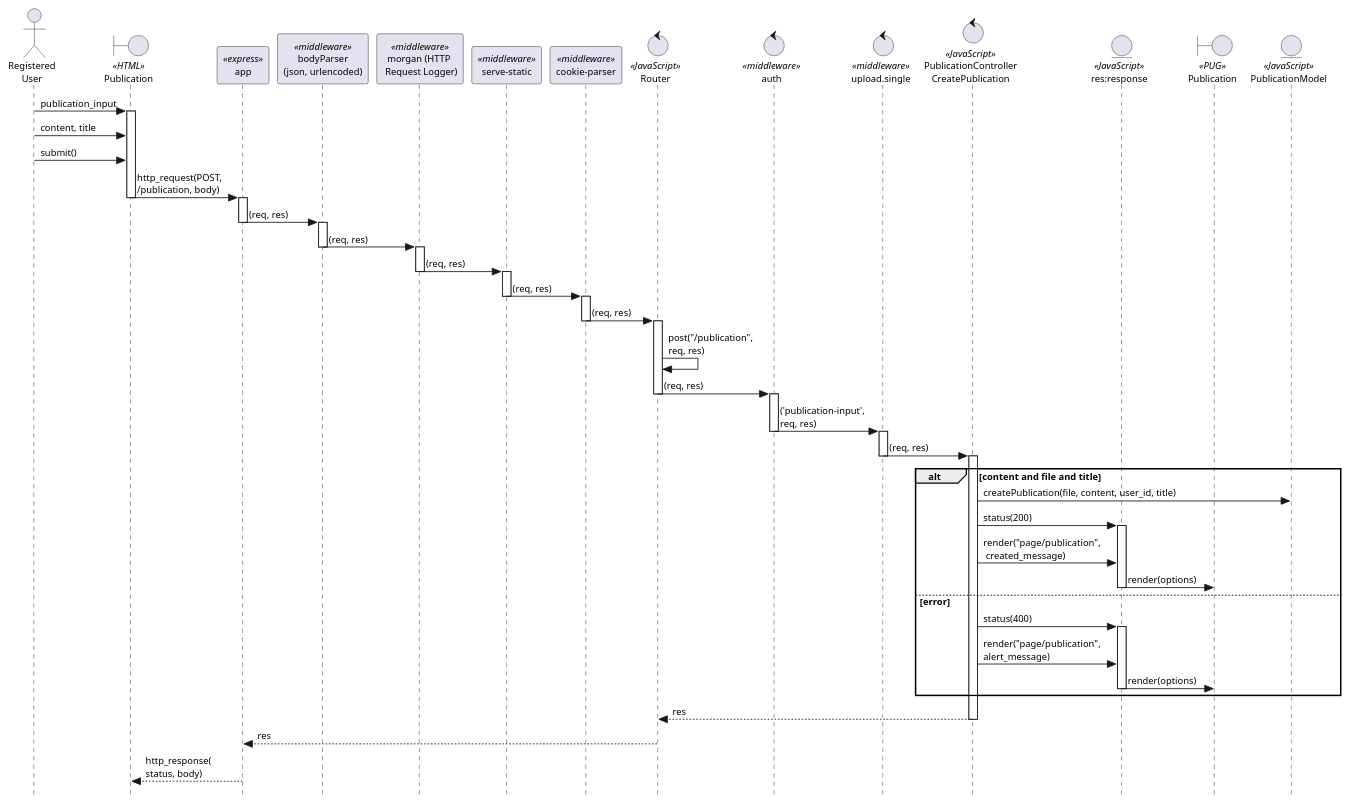
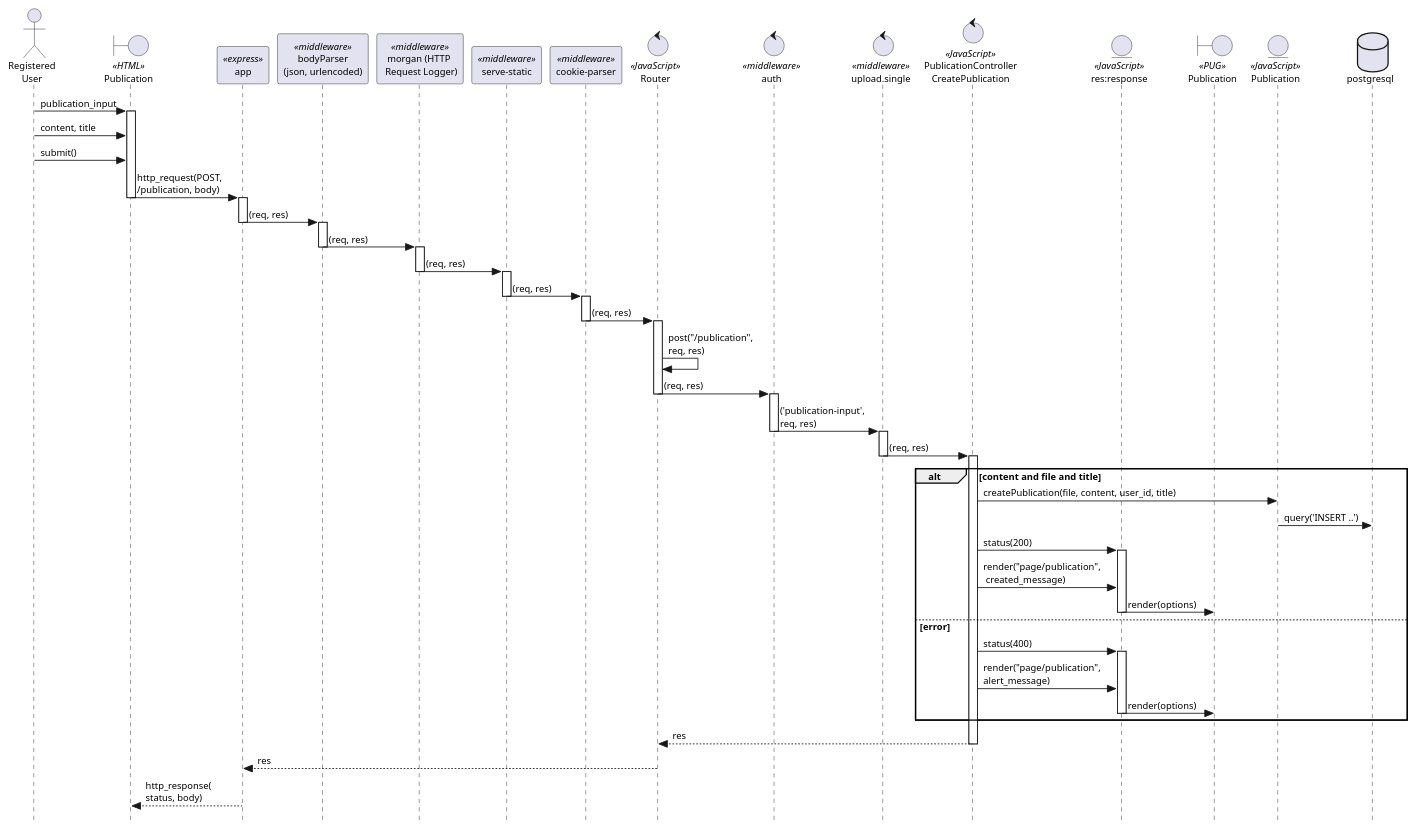
Before and after one commit to mpaulaherrero/tesis-frameworks-backend-diagrams: the diagram in logicalView/designView/express/usecaseDesign/interactionsSequenceUC7.plantuml, drawn with PlantUML. The commit also changed 4 other files, not shown here.

Commit message:
cambio de nombre de modelo y postgresql en diagrama de secuencia

```diff
--- a/logicalView/designView/express/usecaseDesign/interactionsSequenceUC7.plantuml
+++ b/logicalView/designView/express/usecaseDesign/interactionsSequenceUC7.plantuml
@@ -1,79 +1,82 @@
 @startuml
 skinparam style strictuml
 skinparam defaultFontSize 11
 skinparam stereotypePosition top
 
 actor "Registered\nUser" as UserReg
 
 boundary "Publication" as PublicationHtml << HTML >>
 
 participant app << express >>
 participant "bodyParser\n(json, urlencoded)" as bodyParser << middleware >>
 participant "morgan (HTTP \n Request Logger)" as morgan << middleware >>
 participant "serve-static" as serveStatic << middleware >>
 participant "cookie-parser" as cookieParser << middleware >>
 
 control Router << JavaScript >>
 
 control auth << middleware >>
 control "upload.single" as uploadSingle << middleware >>
 
 control "PublicationController\nCreatePublication" as CreatePublicationController << JavaScript >>
 
 entity "res:response" as response << JavaScript >>
 boundary "Publication" as PublicationDetailView << PUG >>
-entity PublicationModel << JavaScript >>
+entity Publication << JavaScript >>
+
+database postgresql
 
 UserReg -> PublicationHtml: publication_input
 activate PublicationHtml
 UserReg -> PublicationHtml: content, title
 UserReg -> PublicationHtml: submit()
 PublicationHtml -> app: http_request(POST, \n/publication, body)
 deactivate PublicationHtml
 activate app
 app -> bodyParser: (req, res)
 deactivate app
 activate bodyParser
 bodyParser -> morgan: (req, res)
 deactivate bodyParser
 activate morgan
 morgan -> serveStatic: (req, res)
 deactivate morgan
 activate serveStatic
 serveStatic -> cookieParser: (req, res)
 deactivate serveStatic
 activate cookieParser
 cookieParser -> Router: (req, res)
 deactivate cookieParser
 activate Router
 Router -> Router: post("/publication", \nreq, res)
 Router -> auth: (req, res)
 deactivate Router
 activate auth
 auth -> uploadSingle: ('publication-input',\nreq, res)
 deactivate auth
 activate uploadSingle
 uploadSingle -> CreatePublicationController: (req, res)
 deactivate uploadSingle
 activate CreatePublicationController
 alt content and file and title
-    CreatePublicationController -> PublicationModel: createPublication(file, content, user_id, title)
+    CreatePublicationController -> Publication: createPublication(file, content, user_id, title)
+    Publication -> postgresql: query('INSERT ..')
     CreatePublicationController -> response: status(200)
     activate response
     CreatePublicationController -> response: render("page/publication", \n created_message)
     response -> PublicationDetailView: render(options)
     deactivate response
 else error
     CreatePublicationController -> response: status(400)
     activate response
     CreatePublicationController -> response: render("page/publication", \nalert_message)
     response -> PublicationDetailView: render(options)
     deactivate response
 end
 
 CreatePublicationController --> Router: res
 deactivate CreatePublicationController
 Router --> app: res
 app --> PublicationHtml: http_response(\nstatus, body)
 
 @enduml
```
